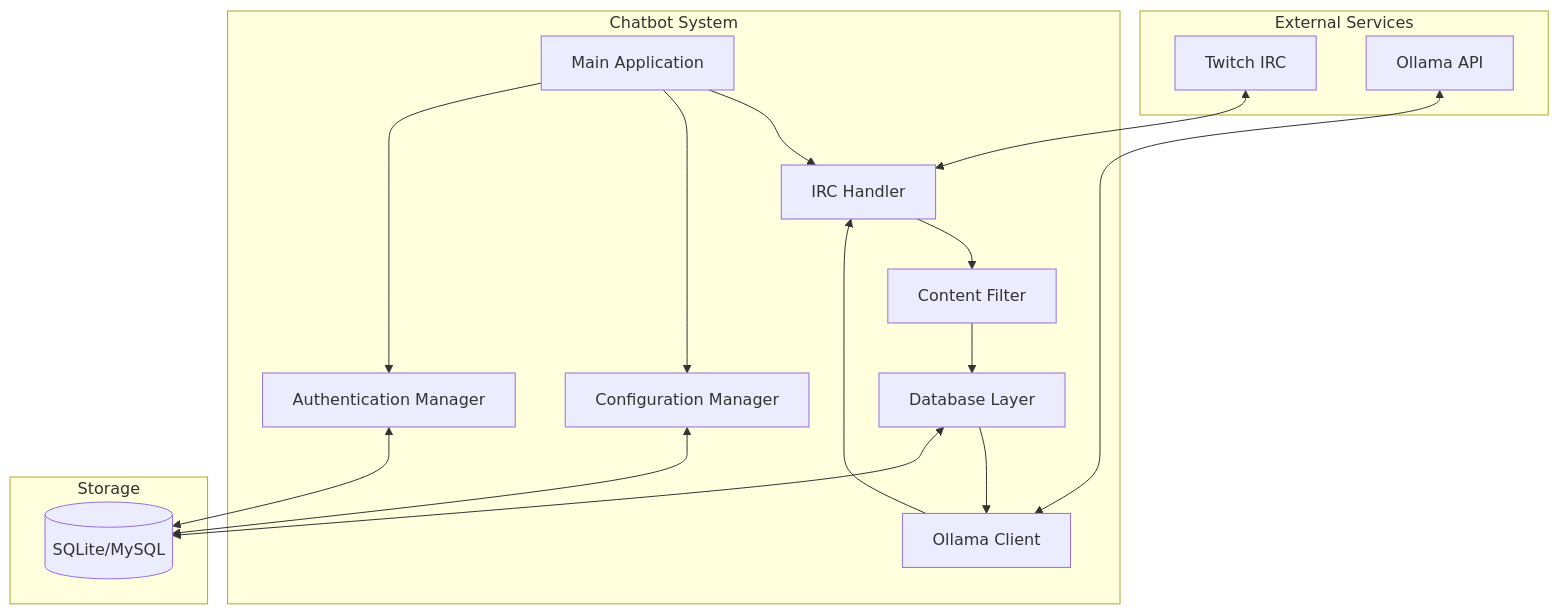
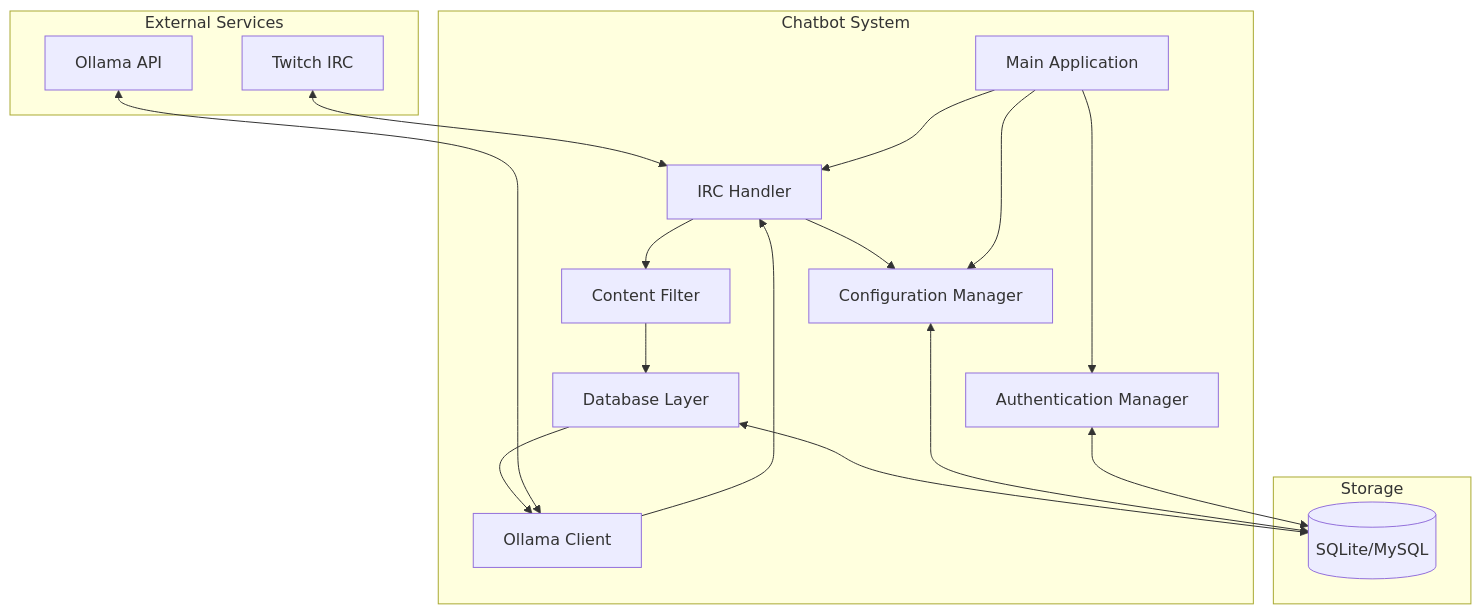
Before and after one commit to retrontology/Clanker: the diagram in .kiro/specs/twitch-ollama-chatbot/design.md, drawn with Mermaid. The commit also changed other lines of this file, not shown here.

````diff
--- a/.kiro/specs/twitch-ollama-chatbot/design.md
+++ b/.kiro/specs/twitch-ollama-chatbot/design.md
@@ -11,36 +11,37 @@
 ```mermaid
 graph TB
     subgraph "External Services"
         TwitchIRC[Twitch IRC]
         OllamaAPI[Ollama API]
     end
     
     subgraph "Chatbot System"
         Main[Main Application]
         IRC[IRC Handler]
         Filter[Content Filter]
         DB[Database Layer]
         Ollama[Ollama Client]
         Config[Configuration Manager]
         Auth[Authentication Manager]
     end
     
     subgraph "Storage"
         SQLite[(SQLite/MySQL)]
     end
     
     TwitchIRC <--> IRC
     IRC --> Filter
+    IRC --> Config
     Filter --> DB
     DB --> Ollama
     OllamaAPI <--> Ollama
     Ollama --> IRC
     
     DB <--> SQLite
     Config <--> SQLite
     Auth <--> SQLite
     
     Main --> IRC
     Main --> Config
     Main --> Auth
 ```
````
